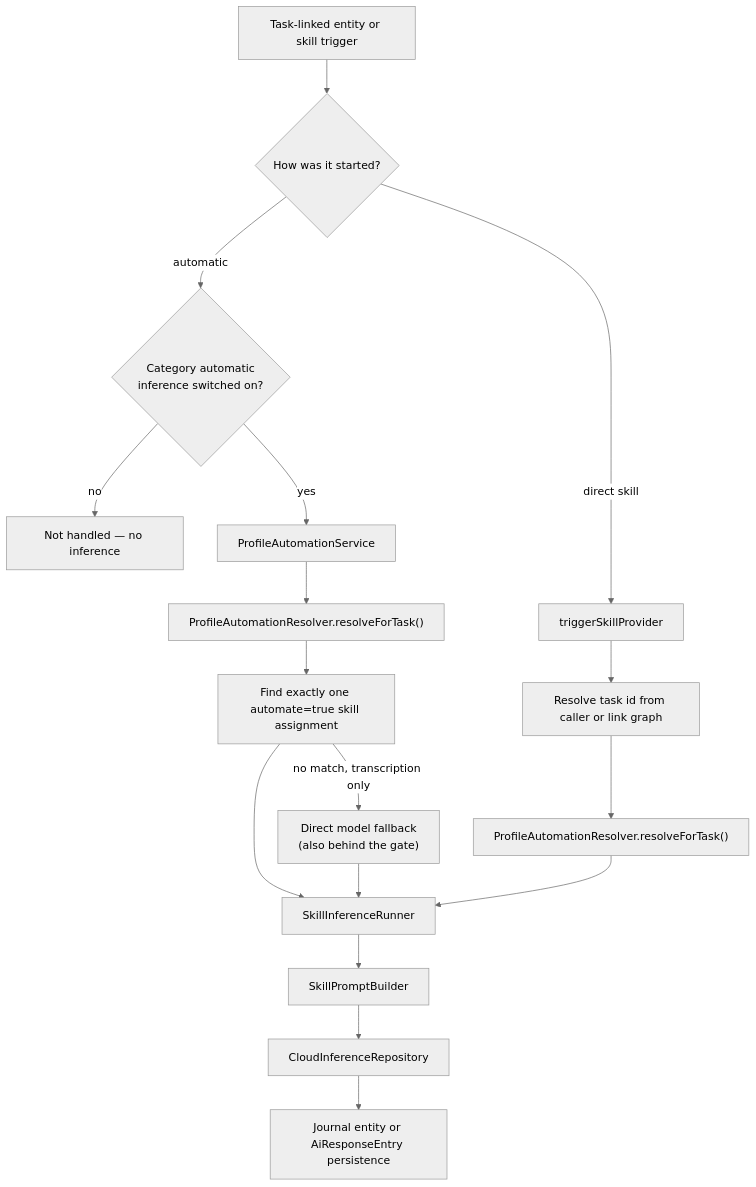
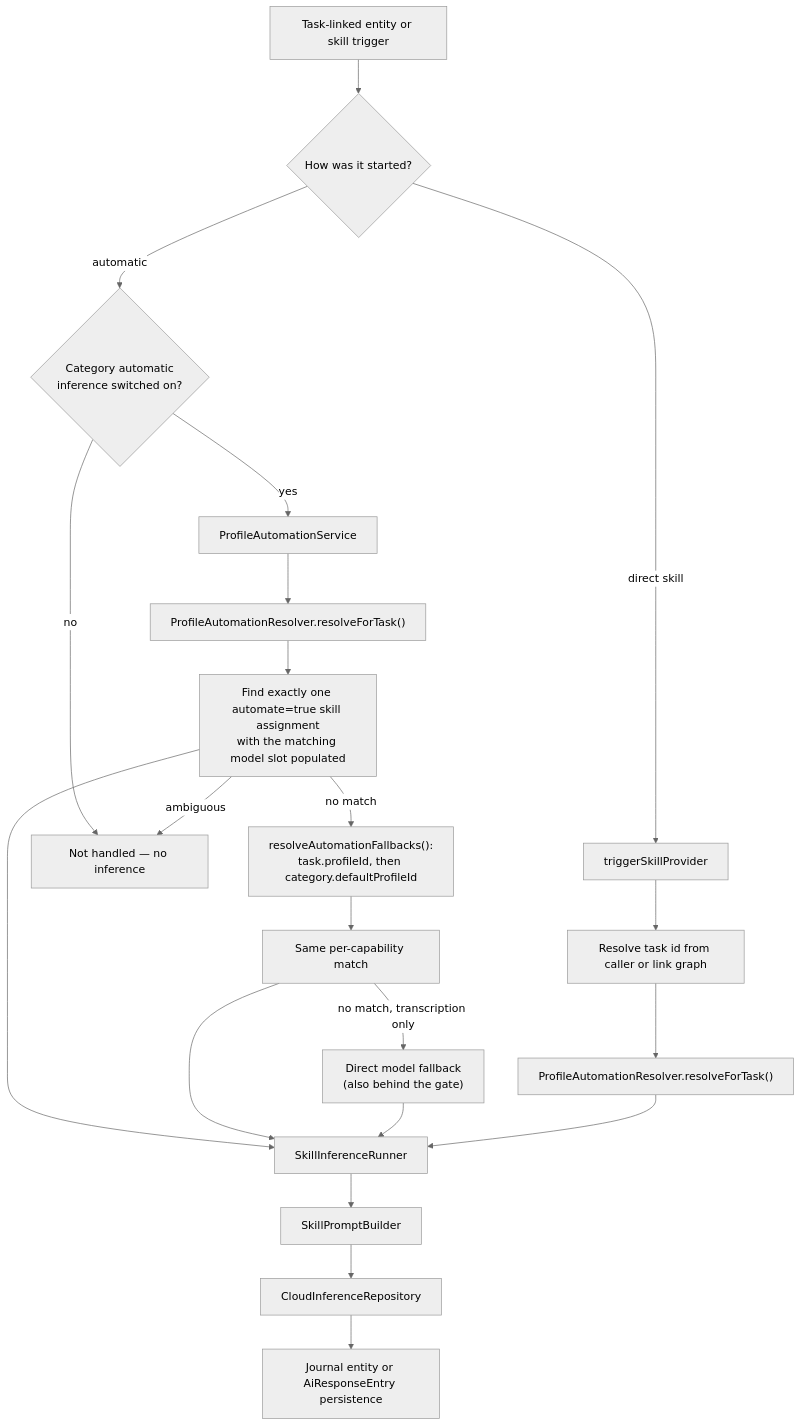
The sixth of 18 diagrams in lib/features/ai/README.md (matthiasn/lotti), drawn with Mermaid (neutral theme) before and after one commit. The commit also changed other lines of this file and 13 other files, not shown here.

````diff
--- a/lib/features/ai/README.md
+++ b/lib/features/ai/README.md
@@ -218,26 +218,32 @@
 ```mermaid
 flowchart TD
   Trigger["Task-linked entity or skill trigger"] --> Mode{"How was it started?"}
 
   Mode -->|automatic| Gate{"Category automatic
 inference switched on?"}
   Mode -->|direct skill| Direct["triggerSkillProvider"]
 
   Gate -->|no| Stop["Not handled — no inference"]
   Gate -->|yes| Auto["ProfileAutomationService"]
 
   Auto --> Resolve["ProfileAutomationResolver.resolveForTask()"]
-  Resolve --> Match["Find exactly one automate=true skill assignment"]
+  Resolve --> Match["Find exactly one automate=true skill assignment
+with the matching model slot populated"]
   Match --> Runner["SkillInferenceRunner"]
-  Match -->|no match, transcription only| Fallback["Direct model fallback
+  Match -->|no match| Inherited["resolveAutomationFallbacks():
+task.profileId, then category.defaultProfileId"]
+  Inherited --> Match2["Same per-capability match"]
+  Match2 --> Runner
+  Match -->|ambiguous| Stop
+  Match2 -->|no match, transcription only| Fallback["Direct model fallback
 (also behind the gate)"]
   Fallback --> Runner
 
   Direct --> LinkTask["Resolve task id from caller or link graph"]
   LinkTask --> ResolveDirect["ProfileAutomationResolver.resolveForTask()"]
   ResolveDirect --> Runner
 
   Runner --> Prompt["SkillPromptBuilder"]
   Prompt --> Route["CloudInferenceRepository"]
   Route --> Persist["Journal entity or AiResponseEntry persistence"]
 ```
````
